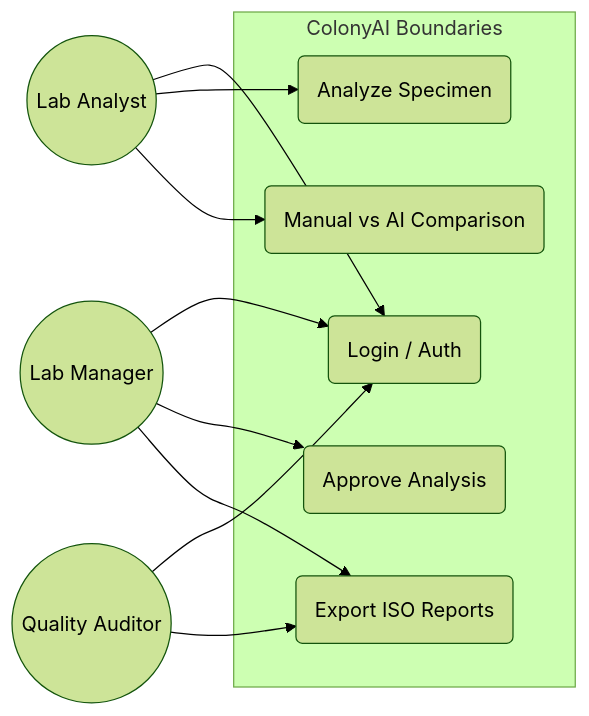
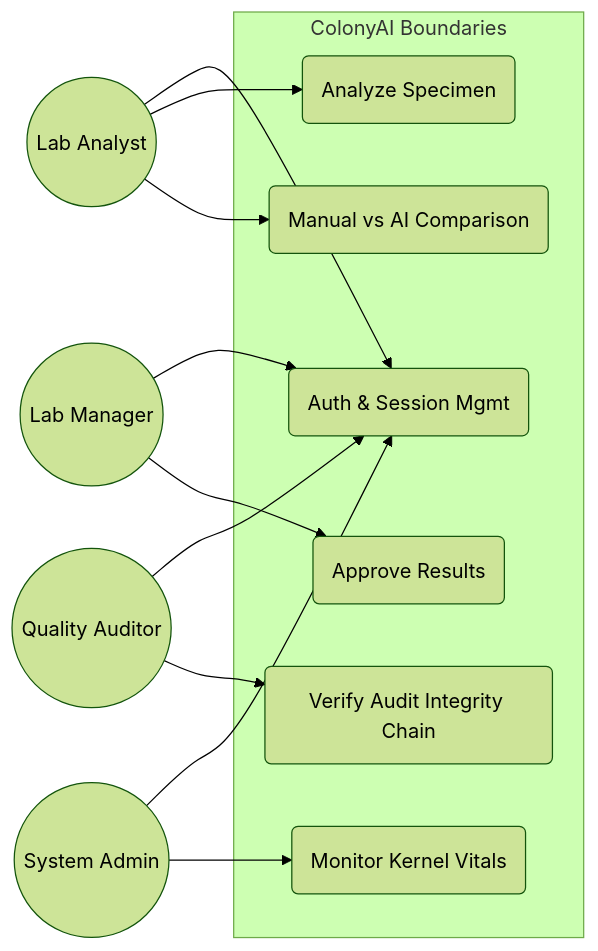
Before and after one commit to wi5nuu/colonyai: the fourth of 6 diagrams in project-management/08-uml-architecture.md, drawn with Mermaid (forest theme). The commit also changed other lines of this file and 70 other files, not shown here.

````diff
--- a/project-management/08-uml-architecture.md
+++ b/project-management/08-uml-architecture.md
@@ -96,21 +111,24 @@
 ```mermaid
 graph LR
     subgraph "ColonyAI Boundaries"
-        UC1(Login / Auth)
+        UC1(Auth & Session Mgmt)
         UC2(Analyze Specimen)
         UC3(Manual vs AI Comparison)
-        UC4(Approve Analysis)
-        UC5(Export ISO Reports)
+        UC4(Approve Results)
+        UC5(Verify Audit Integrity Chain)
+        UC6(Monitor Kernel Vitals)
     end
 
     A((Lab Analyst)) --> UC1
     A --> UC2
     A --> UC3
     
     M((Lab Manager)) --> UC1
     M --> UC4
-    M --> UC5
-
+    
     U((Quality Auditor)) --> UC1
     U --> UC5
+    
+    AD((System Admin)) --> UC1
+    AD --> UC6
 ```
````
